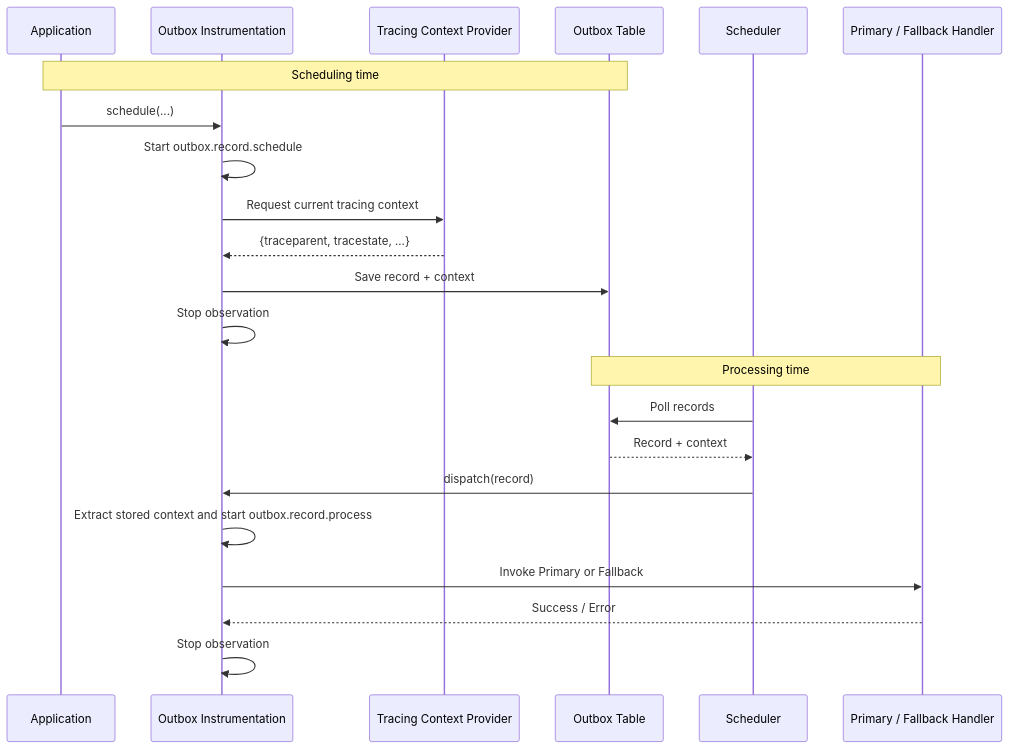
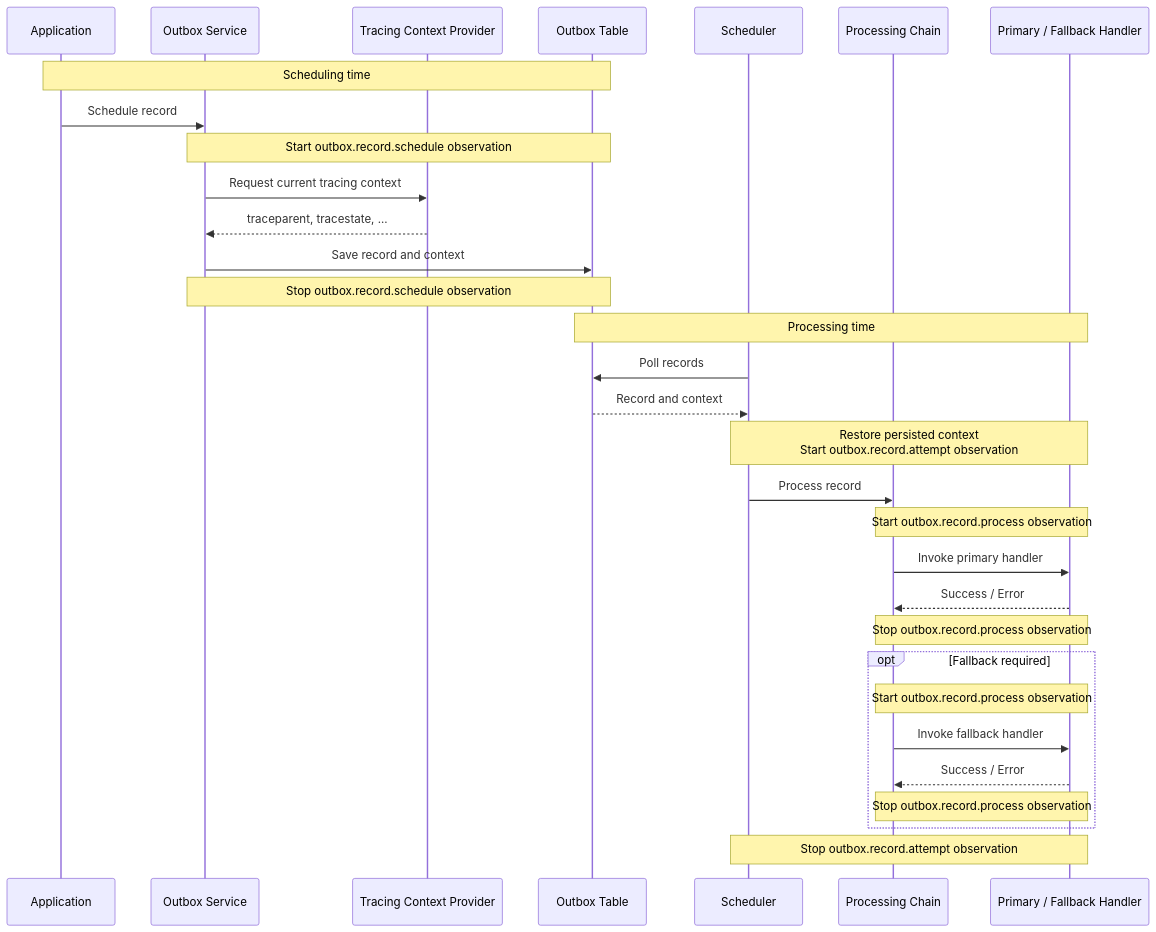
Before and after one commit to namastack/namastack-outbox: the diagram in namastack-outbox-docs/docs/reference/observability.md, drawn with Mermaid. The commit also changed other lines of this file and 40 other files, not shown here.

````diff
--- a/namastack-outbox-docs/docs/reference/observability.md
+++ b/namastack-outbox-docs/docs/reference/observability.md
@@ -213,26 +217,38 @@
 ```mermaid
 sequenceDiagram
     participant App as Application
-    participant Instrumentation as Outbox Instrumentation
+    participant Outbox as Outbox Service
     participant Provider as Tracing Context Provider
     participant DB as Outbox Table
-    participant Scheduler as Scheduler
+    participant Scheduler
+    participant Processing as Processing Chain
     participant Handler as Primary / Fallback Handler
 
     Note over App,DB: Scheduling time
-    App->>Instrumentation: schedule(...)
-    Instrumentation->>Instrumentation: Start outbox.record.schedule
-    Instrumentation->>Provider: Request current tracing context
-    Provider-->>Instrumentation: {traceparent, tracestate, ...}
-    Instrumentation->>DB: Save record + context
-    Instrumentation->>Instrumentation: Stop observation
+    App->>Outbox: Schedule record
+    Note over Outbox,DB: Start outbox.record.schedule observation
+    Outbox->>Provider: Request current tracing context
+    Provider-->>Outbox: traceparent, tracestate, ...
+    Outbox->>DB: Save record and context
+    Note over Outbox,DB: Stop outbox.record.schedule observation
 
     Note over DB,Handler: Processing time
     Scheduler->>DB: Poll records
-    DB-->>Scheduler: Record + context
-    Scheduler->>Instrumentation: dispatch(record)
-    Instrumentation->>Instrumentation: Extract stored context and start outbox.record.process
-    Instrumentation->>Handler: Invoke Primary or Fallback
-    Handler-->>Instrumentation: Success / Error
-    Instrumentation->>Instrumentation: Stop observation
+    DB-->>Scheduler: Record and context
+    Note over Scheduler,Handler: Restore persisted context<br/>Start outbox.record.attempt observation
+    Scheduler->>Processing: Process record
+
+    Note over Processing,Handler: Start outbox.record.process observation
+    Processing->>Handler: Invoke primary handler
+    Handler-->>Processing: Success / Error
+    Note over Processing,Handler: Stop outbox.record.process observation
+
+    opt Fallback required
+        Note over Processing,Handler: Start outbox.record.process observation
+        Processing->>Handler: Invoke fallback handler
+        Handler-->>Processing: Success / Error
+        Note over Processing,Handler: Stop outbox.record.process observation
+    end
+
+    Note over Scheduler,Handler: Stop outbox.record.attempt observation
 ```
````
